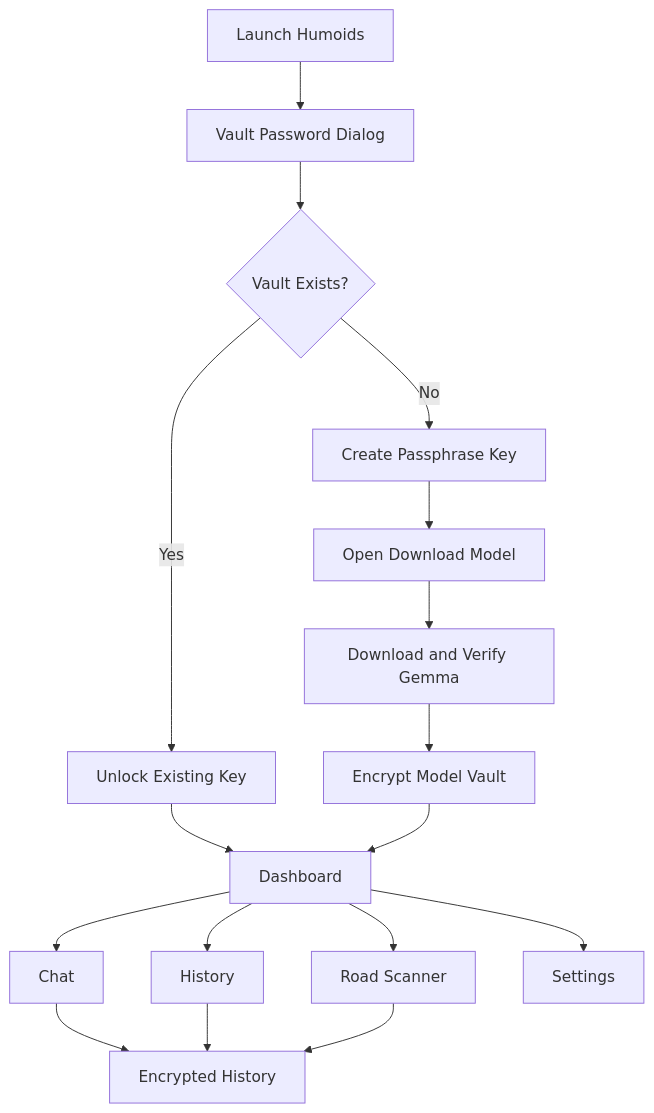
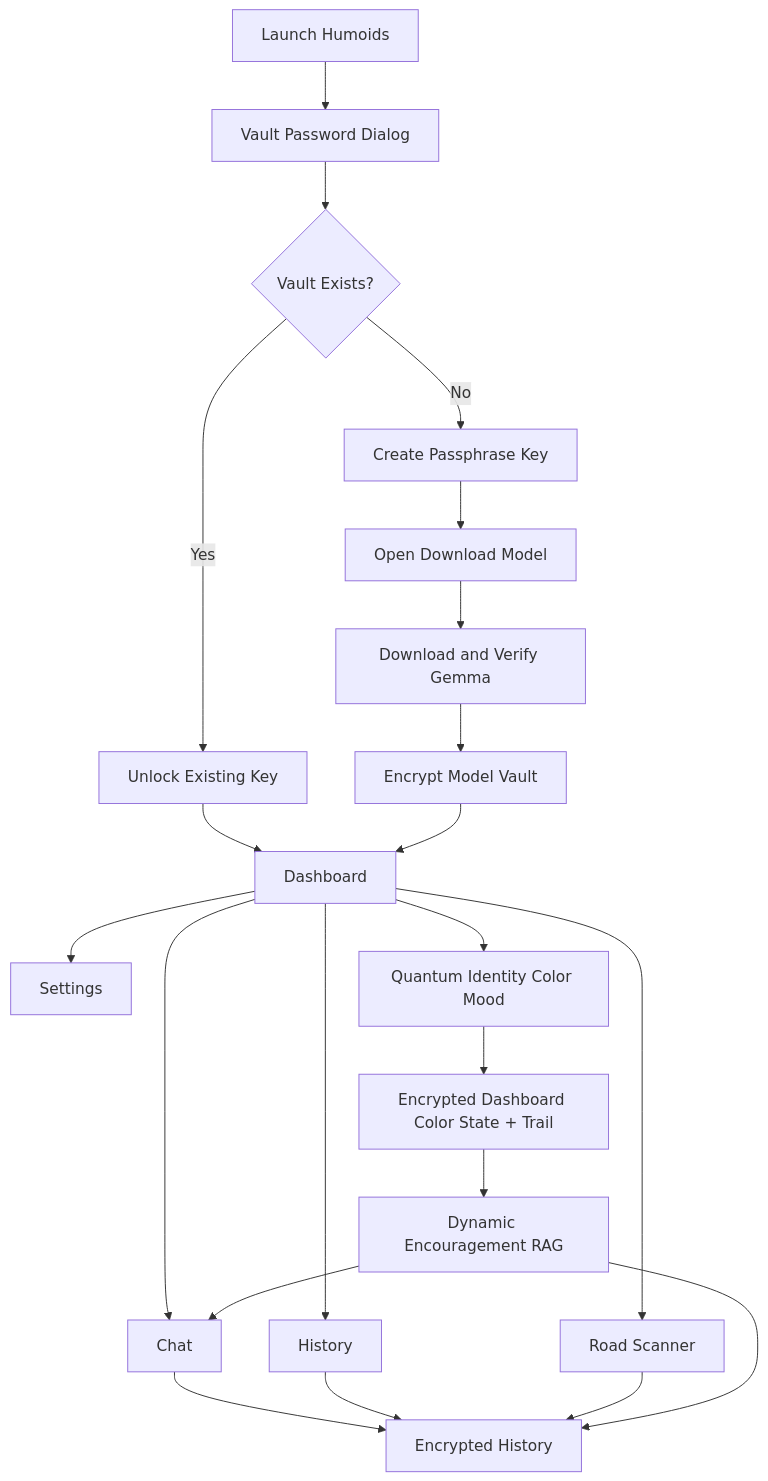
Before and after one commit to ornab74/humoid-gui-gemma-4: the first of 6 diagrams in README.md, drawn with Mermaid. The commit also changed other lines of this file, not shown here.

````diff
--- a/README.md
+++ b/README.md
@@ -20,19 +20,24 @@
 ```mermaid
 flowchart TD
     A[Launch Humoids] --> B[Vault Password Dialog]
     B --> C{Vault Exists?}
     C -->|No| D[Create Passphrase Key]
     C -->|Yes| E[Unlock Existing Key]
     D --> F[Open Download Model]
     E --> G[Dashboard]
     F --> H[Download and Verify Gemma]
     H --> I[Encrypt Model Vault]
     I --> G
     G --> J[Chat]
     G --> K[History]
     G --> L[Road Scanner]
     G --> M[Settings]
+    G --> Q[Quantum Identity Color Mood]
+    Q --> R[Encrypted Dashboard Color State + Trail]
+    R --> S[Dynamic Encouragement RAG]
+    S --> J
     J --> N[Encrypted History]
     K --> N
     L --> N
+    S --> N
 ```
````
